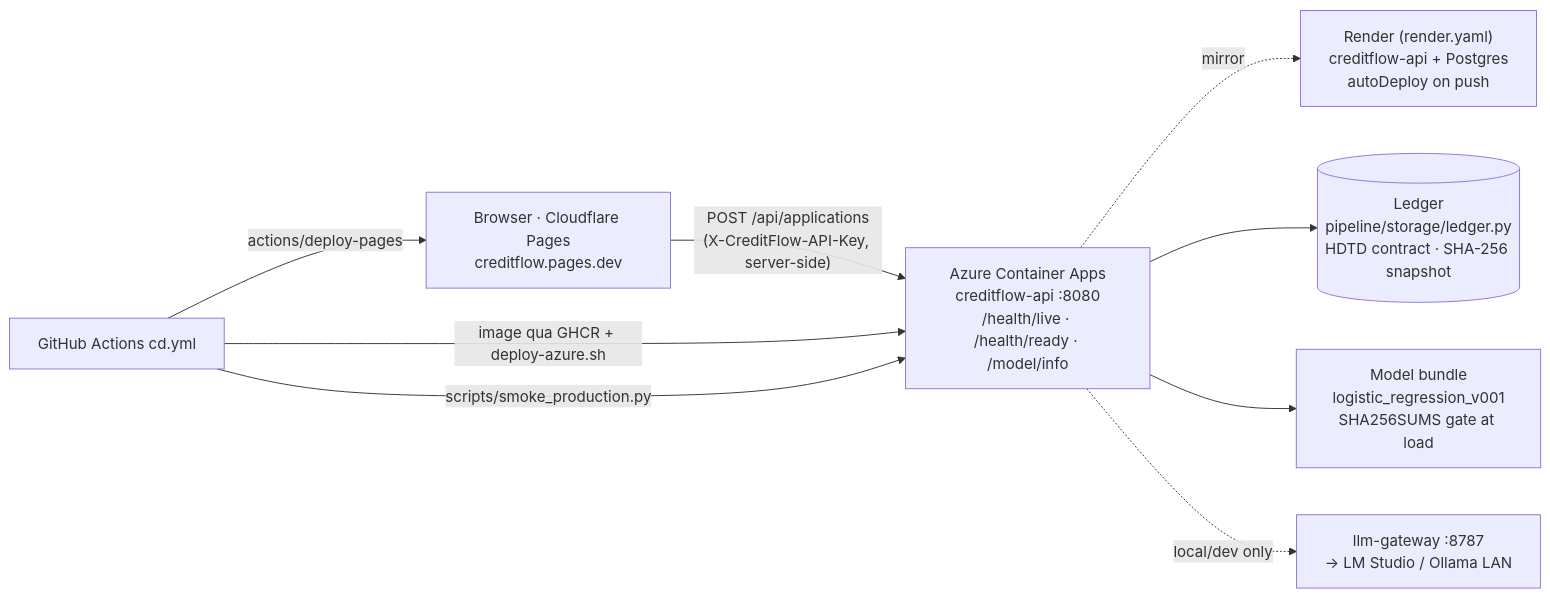
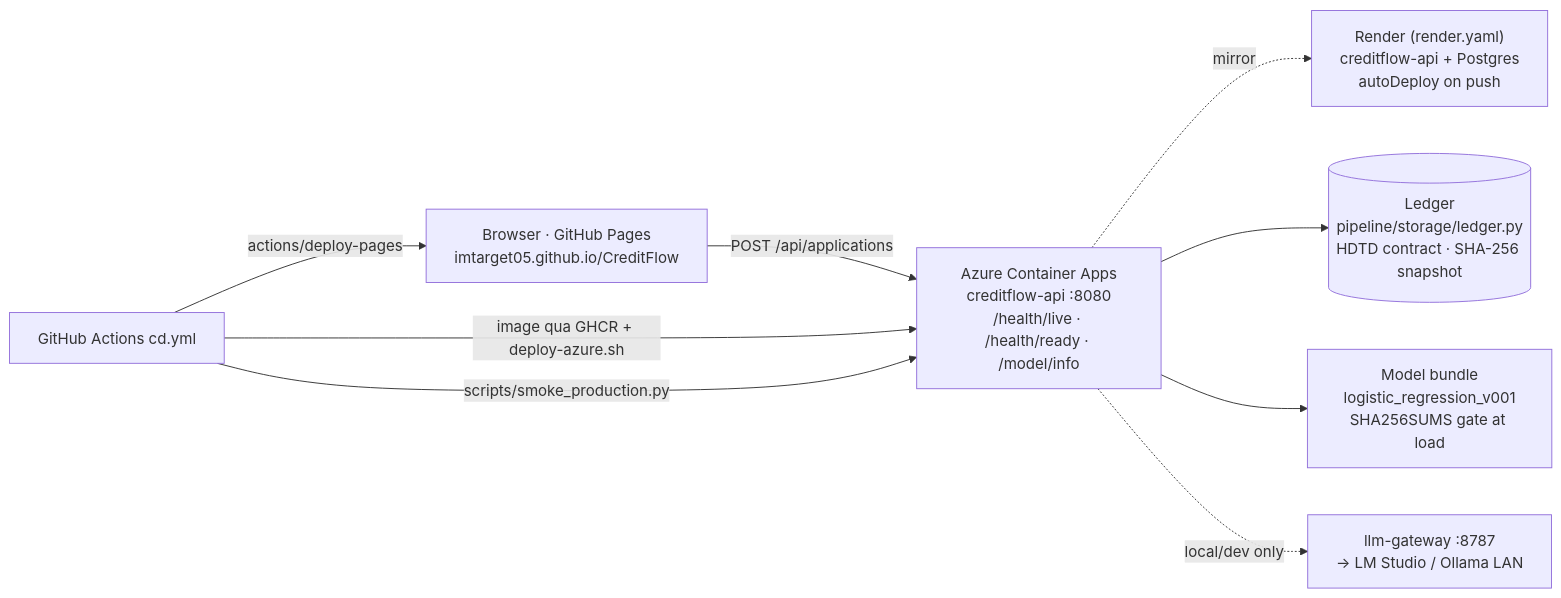
One commit to imtarget05/CreditFlow changed the first of 4 diagrams in docs/architecture.md. Above: the diagram before and after it, drawn with Mermaid. The commit also changed other lines of this file and 6 other files, not shown here.

First line of the commit message:
fix(agent): memoize checkpoint encoder and cut the frontend origin to GitHub Pages

````diff
--- a/docs/architecture.md
+++ b/docs/architecture.md
@@ -53,11 +53,11 @@
 ```mermaid
 flowchart LR
-    U["Browser · Cloudflare Pages<br/>creditflow.pages.dev"] -->|"POST /api/applications<br/>(X-CreditFlow-API-Key, server-side)"| ACA["Azure Container Apps<br/>creditflow-api :8080<br/>/health/live · /health/ready · /model/info"]
+    U["Browser · GitHub Pages<br/>imtarget05.github.io/CreditFlow"] -->|"POST /api/applications"| ACA["Azure Container Apps<br/>creditflow-api :8080<br/>/health/live · /health/ready · /model/info"]
     ACA -.mirror.-> R["Render (render.yaml)<br/>creditflow-api + Postgres<br/>autoDeploy on push"]
     ACA --> LED[("Ledger<br/>pipeline/storage/ledger.py<br/>HDTD contract · SHA-256 snapshot")]
     ACA --> MOD["Model bundle<br/>logistic_regression_v001<br/>SHA256SUMS gate at load"]
     ACA -.->|"local/dev only"| LLG["llm-gateway :8787<br/>→ LM Studio / Ollama LAN"]
     GH["GitHub Actions cd.yml"] -->|"image qua GHCR + deploy-azure.sh"| ACA
     GH -->|"actions/deploy-pages"| U
     GH -->|"scripts/smoke_production.py"| ACA
 ```
````
